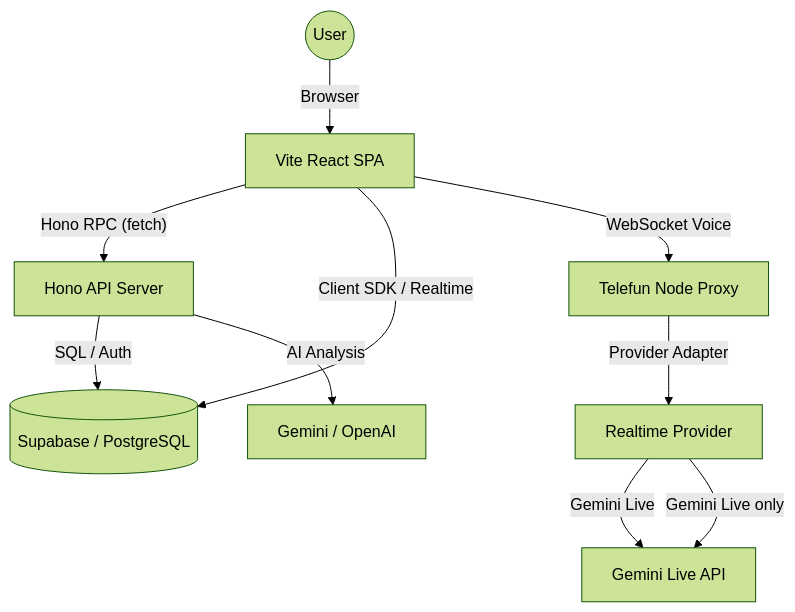
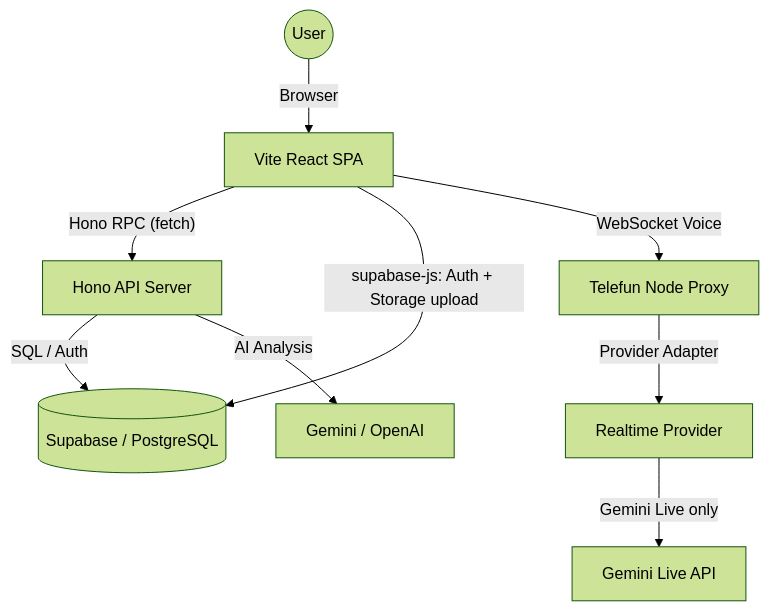
One commit to trainerkontakojk-gif/trainerssuperappvite changed the diagram in docs/architecture.md. Above: the diagram before and after it, drawn with Mermaid (forest theme). The commit also changed other lines of this file and 3 other files, not shown here.

First line of the commit message:
docs(architecture): correct the frontend Supabase edge and tidy rollback/database docs

````diff
--- a/docs/architecture.md
+++ b/docs/architecture.md
@@ -30,12 +30,11 @@
 ```mermaid
 graph TD
     User((User)) -->|Browser| ViteApp[Vite React SPA]
     ViteApp -->|"Hono RPC (fetch)"| HonoAPI[Hono API Server]
     HonoAPI -->|SQL / Auth| Supabase[(Supabase / PostgreSQL)]
-    ViteApp -->|Client SDK / Realtime| Supabase
+    ViteApp -->|"supabase-js: Auth + Storage upload"| Supabase
     ViteApp -->|WebSocket Voice| TelefunProxy[Telefun Node Proxy]
     TelefunProxy -->|Provider Adapter| RealtimeProvider[Realtime Provider]
-    RealtimeProvider -->|Gemini Live| GeminiLive[Gemini Live API]
     RealtimeProvider -->|Gemini Live only| GeminiLive[Gemini Live API]
     HonoAPI -->|AI Analysis| AIProviders[Gemini / OpenAI]
 ```
````
